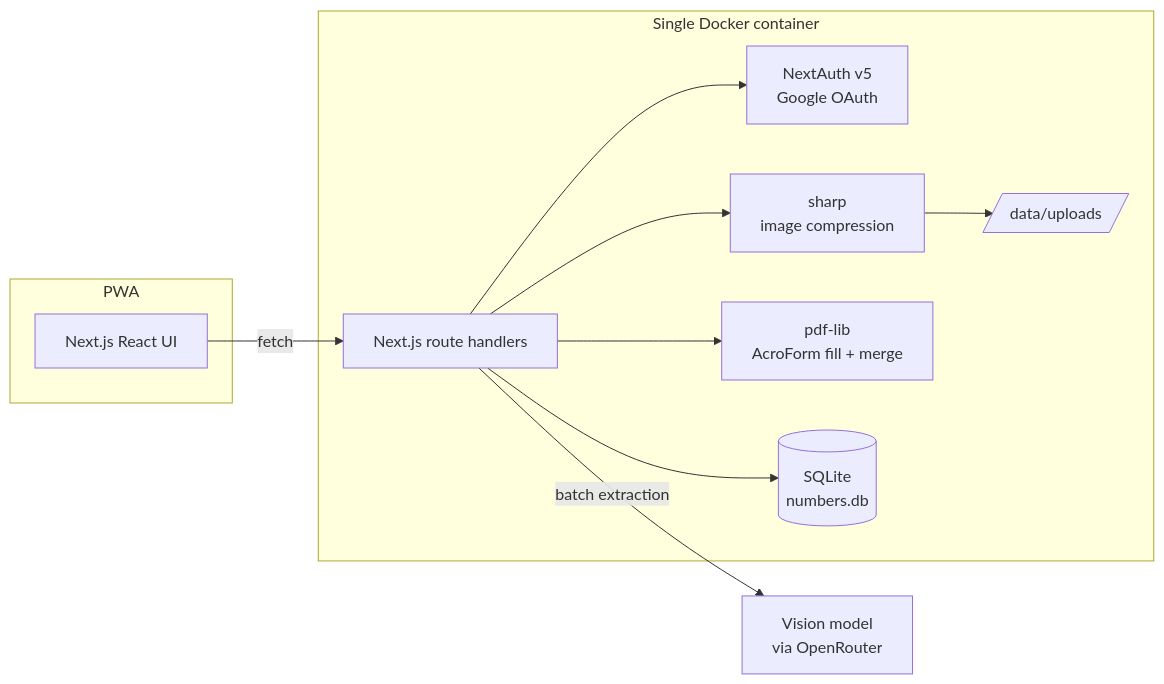
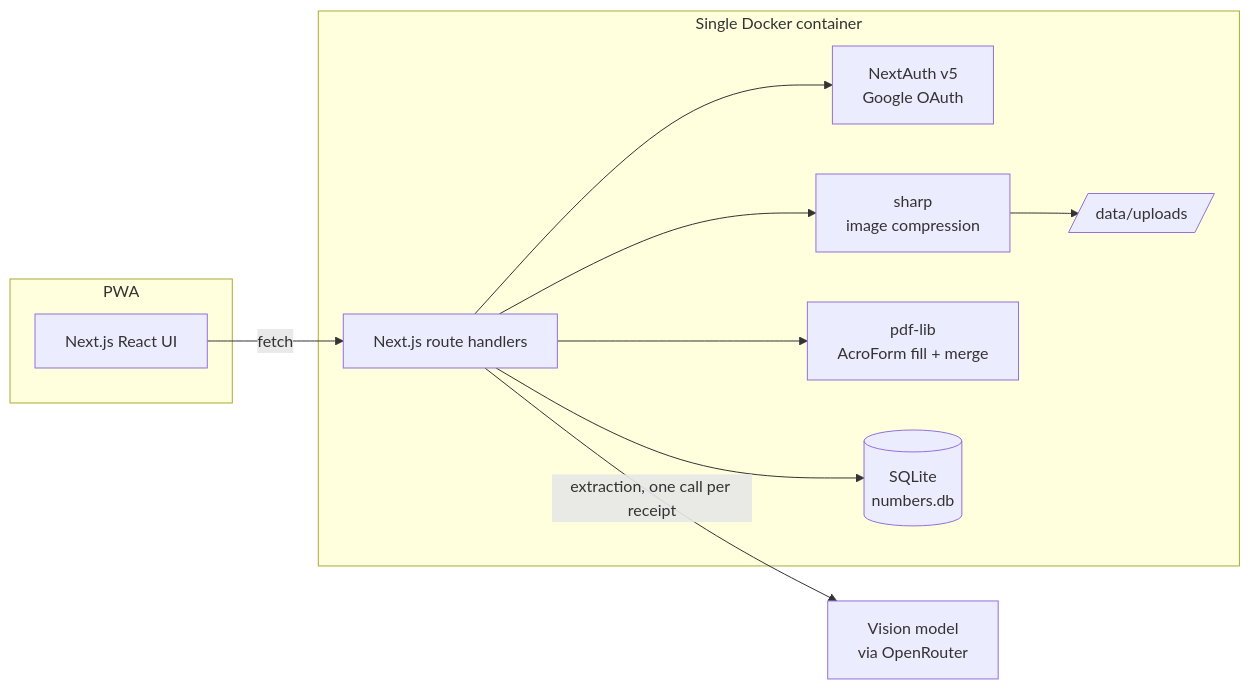
Before and after one commit to vrwarp/numbers: the first of 2 diagrams in docs/DESIGN.md, drawn with Mermaid. The commit also changed other lines of this file and 11 other files, not shown here.

First line of the commit message:
Redesign extraction: one model call per receipt

````diff
--- a/docs/DESIGN.md
+++ b/docs/DESIGN.md
@@ -41,22 +41,22 @@
 ```mermaid
 flowchart LR
     subgraph Phone/Browser [PWA]
         UI[Next.js React UI]
     end
     subgraph Container [Single Docker container]
         API[Next.js route handlers]
         AUTH[NextAuth v5<br/>Google OAuth]
         SHARP[sharp<br/>image compression]
         PDF[pdf-lib<br/>AcroForm fill + merge]
         DB[(SQLite<br/>numbers.db)]
         FS[/data/uploads/]
     end
     LLM[Vision model<br/>via OpenRouter]
 
     UI -->|fetch| API
     API --> AUTH
     API --> SHARP --> FS
     API --> DB
-    API -->|batch extraction| LLM
+    API -->|extraction, one call per receipt| LLM
     API --> PDF
 ```
````
